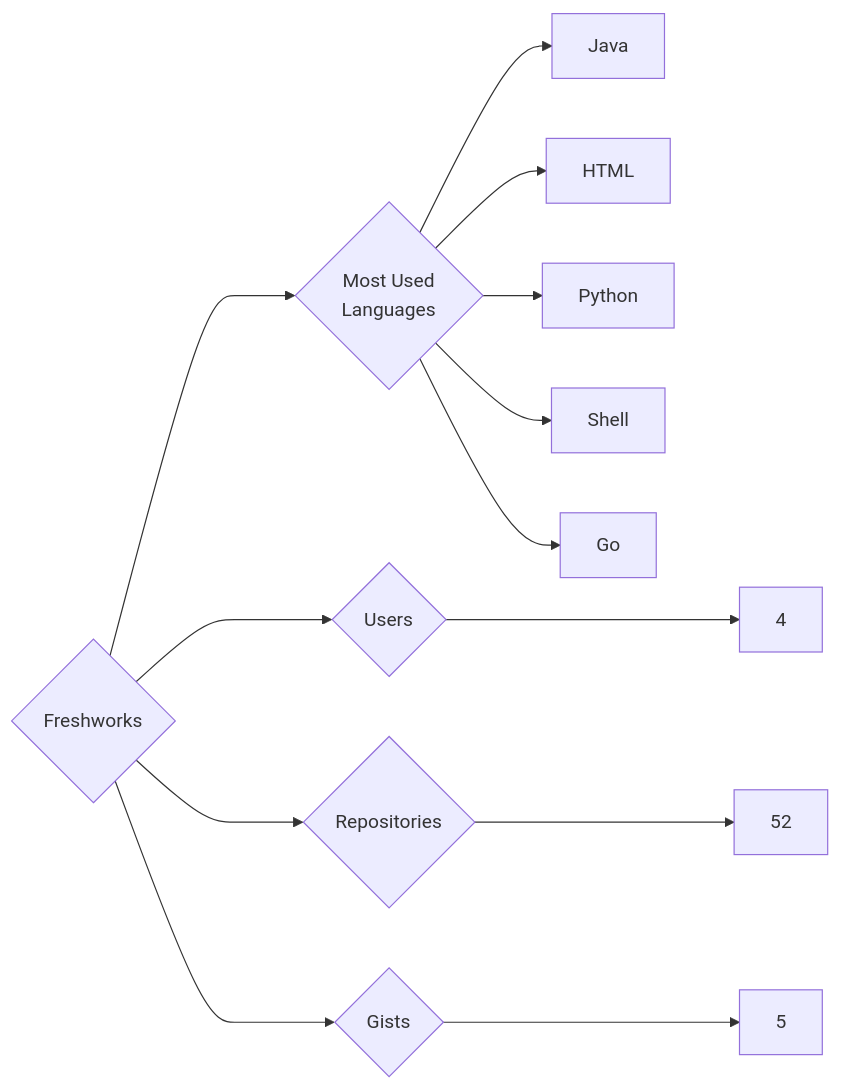
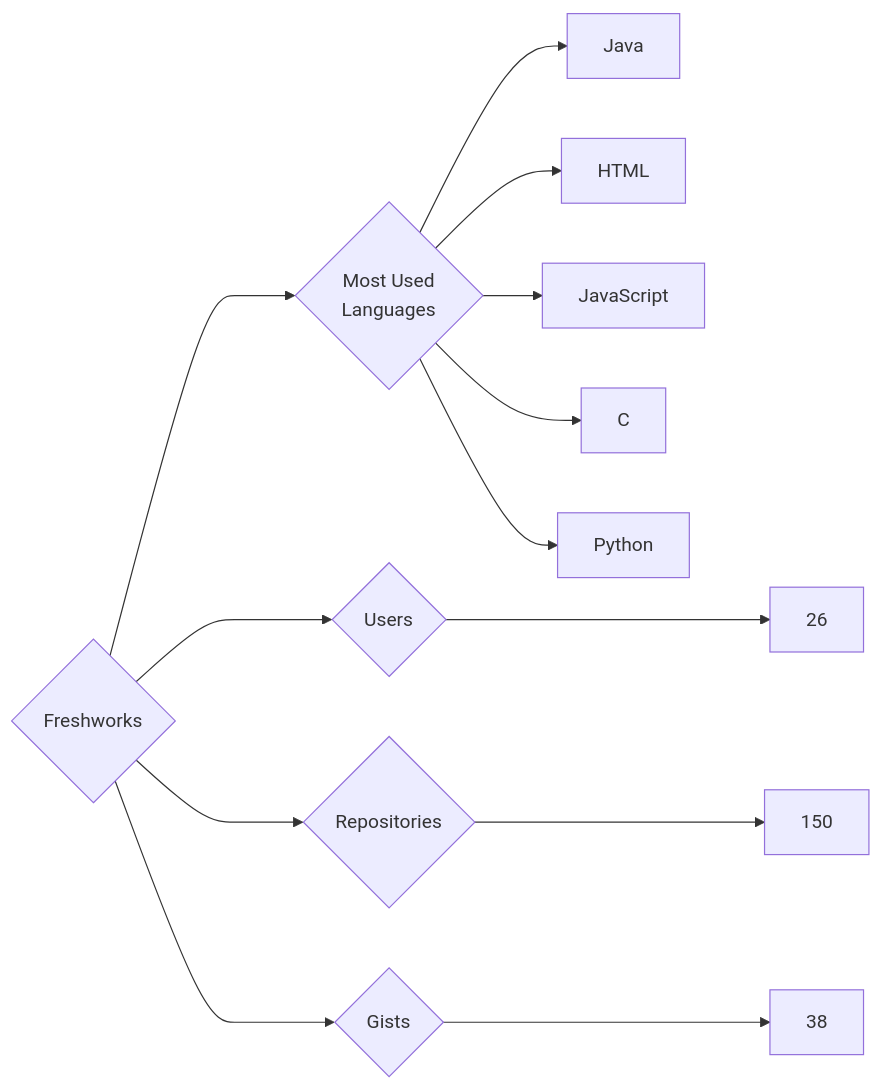
The diagram in targets/Freshworks/README.md (trickest/insiders), drawn with Mermaid before and after one commit. The commit also changed 932 other files, not shown here.

````diff
--- a/targets/Freshworks/README.md
+++ b/targets/Freshworks/README.md
@@ -3,13 +3,13 @@
 ```mermaid
 graph LR
 COMPANY_NAME{Freshworks}
-COMPANY_NAME ---> U{Users} ---> UN[4]
-COMPANY_NAME ---> R{Repositories} ---> RN[52]
-COMPANY_NAME ---> G{Gists} ---> GN[5]
+COMPANY_NAME ---> U{Users} ---> UN[26]
+COMPANY_NAME ---> R{Repositories} ---> RN[150]
+COMPANY_NAME ---> G{Gists} ---> GN[38]
 COMPANY_NAME ---> ML{Most Used<br>Languages}
 ML --> Java[Java]
 ML --> HTML[HTML]
+ML --> JavaScript[JavaScript]
+ML --> C[C]
 ML --> Python[Python]
-ML --> Shell[Shell]
-ML --> Go[Go]
 ```
````
